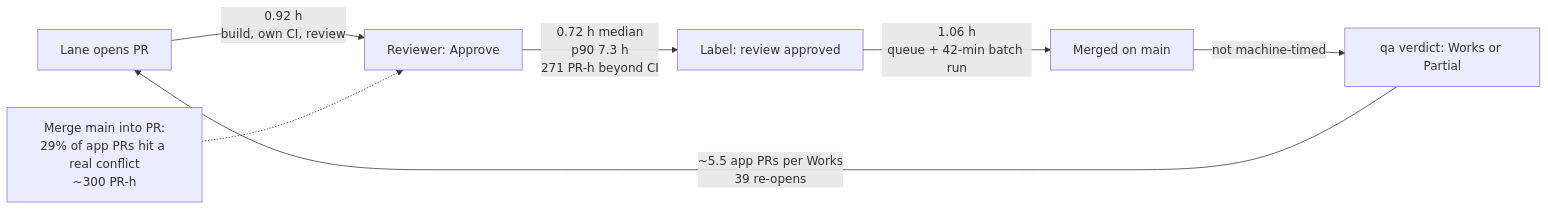
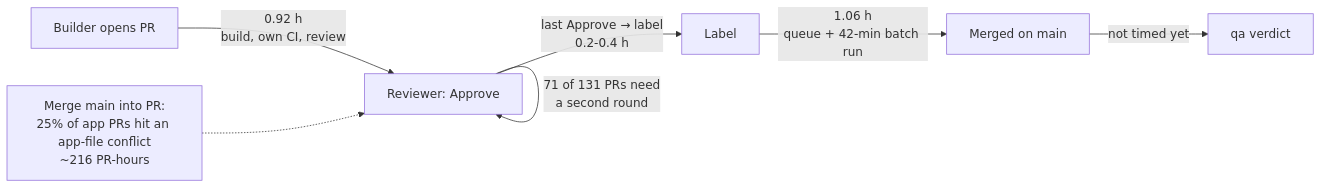
One commit to ranjan-expatready/xpatready changed the second of 3 diagrams in ai-workers/problem-1-pathway-setup-and-form-filling/product/design/factory-plan-2026-11-12.md. Above: the diagram before and after it, drawn with Mermaid. The commit also changed other lines of this file and 15 other files, not shown here.

````diff
--- a/ai-workers/problem-1-pathway-setup-and-form-filling/product/design/factory-plan-2026-11-12.md
+++ b/ai-workers/problem-1-pathway-setup-and-form-filling/product/design/factory-plan-2026-11-12.md
@@ -373,9 +280,9 @@
 ```mermaid
 flowchart LR
-  A["Lane opens PR"] -->|"0.92 h<br/>build, own CI, review"| B["Reviewer: Approve"]
-  B -->|"0.72 h median<br/>p90 7.3 h<br/>271 PR-h beyond CI"| C["Label: review approved"]
+  A["Builder opens PR"] -->|"0.92 h<br/>build, own CI, review"| B["Reviewer: Approve"]
+  B -->|"71 of 131 PRs need<br/>a second round"| B
+  B -->|"last Approve → label<br/>0.2-0.4 h"| C["Label"]
   C -->|"1.06 h<br/>queue + 42-min batch run"| D["Merged on main"]
-  D -->|"not machine-timed"| E["qa verdict: Works or Partial"]
-  E -->|"~5.5 app PRs per Works<br/>39 re-opens"| A
-  X["Merge main into PR:<br/>29% of app PRs hit a real conflict<br/>~300 PR-h"] -.-> B
+  D -->|"not timed yet"| E["qa verdict"]
+  X["Merge main into PR:<br/>25% of app PRs hit an app-file conflict<br/>~216 PR-hours"] -.-> B
 ```
````
